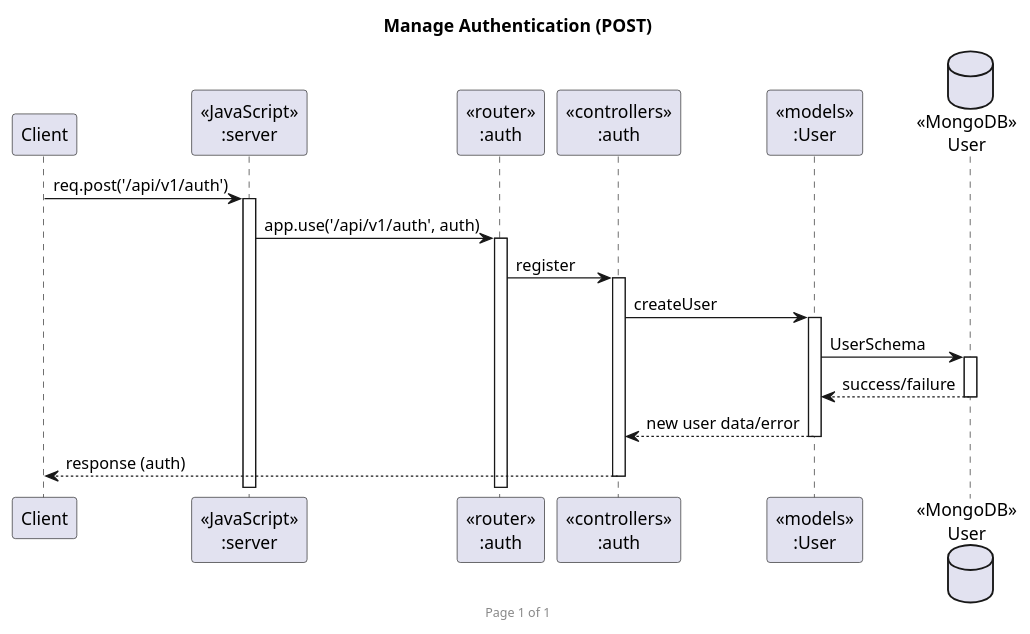
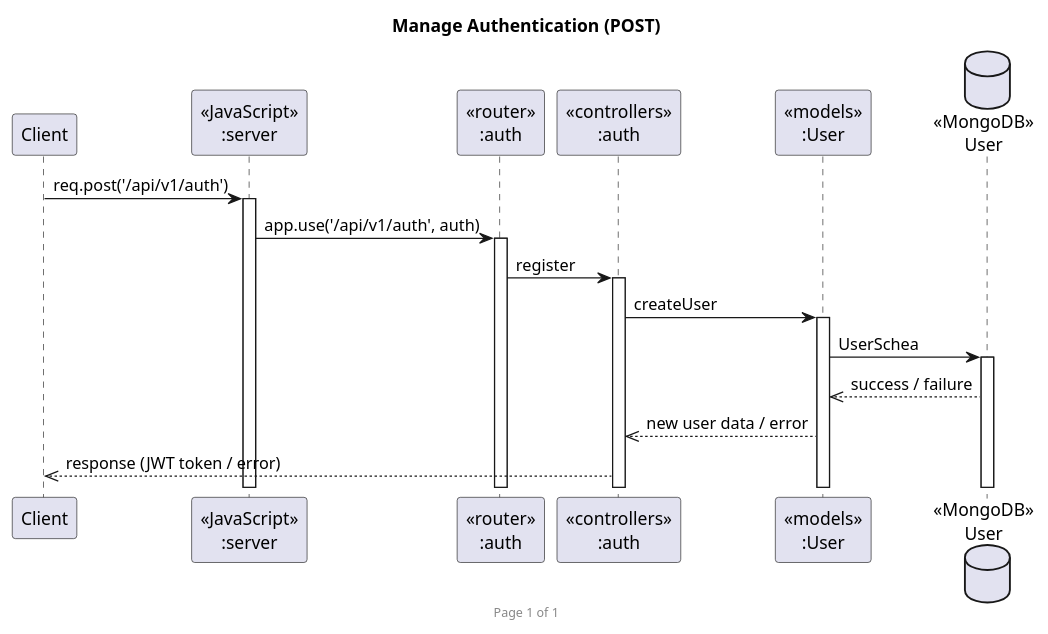
Before and after one commit to 2110503-2564/se-project-backend-10_brain-not-found: the diagram in UML/UML_Auth/register.puml, drawn with PlantUML. The commit also changed 1 other file, not shown here.

```diff
--- a/UML/UML_Auth/register.puml
+++ b/UML/UML_Auth/register.puml
@@ -1,22 +1,22 @@
-@startuml Manage Reservation (POST)
+@startuml Manage Authentication (POST)
 
 footer Page %page% of %lastpage%
 title "Manage Authentication (POST)"
 
 participant "Client" as client
 participant "<<JavaScript>>\n:server" as server
 participant "<<router>>\n:auth" as routerAuth
 participant "<<controllers>>\n:auth" as controllersAuth
 participant "<<models>>\n:User" as User
 database "<<MongoDB>>\nUser" as MongoDB
 
 client -> server ++ : req.post('/api/v1/auth')
 server -> routerAuth ++ : app.use('/api/v1/auth', auth)
 routerAuth -> controllersAuth ++ : register
 controllersAuth -> User ++ : createUser
-User -> MongoDB ++ : UserSchema
-MongoDB --> User -- : success/failure
-User --> controllersAuth -- : new user data/error
-controllersAuth --> client -- : response (auth)
+User -> MongoDB ++ : UserSchea
+MongoDB -->> User : success / failure
+User -->> controllersAuth : new user data / error
+controllersAuth -->> client : response (JWT token / error)
 
 @enduml
```
